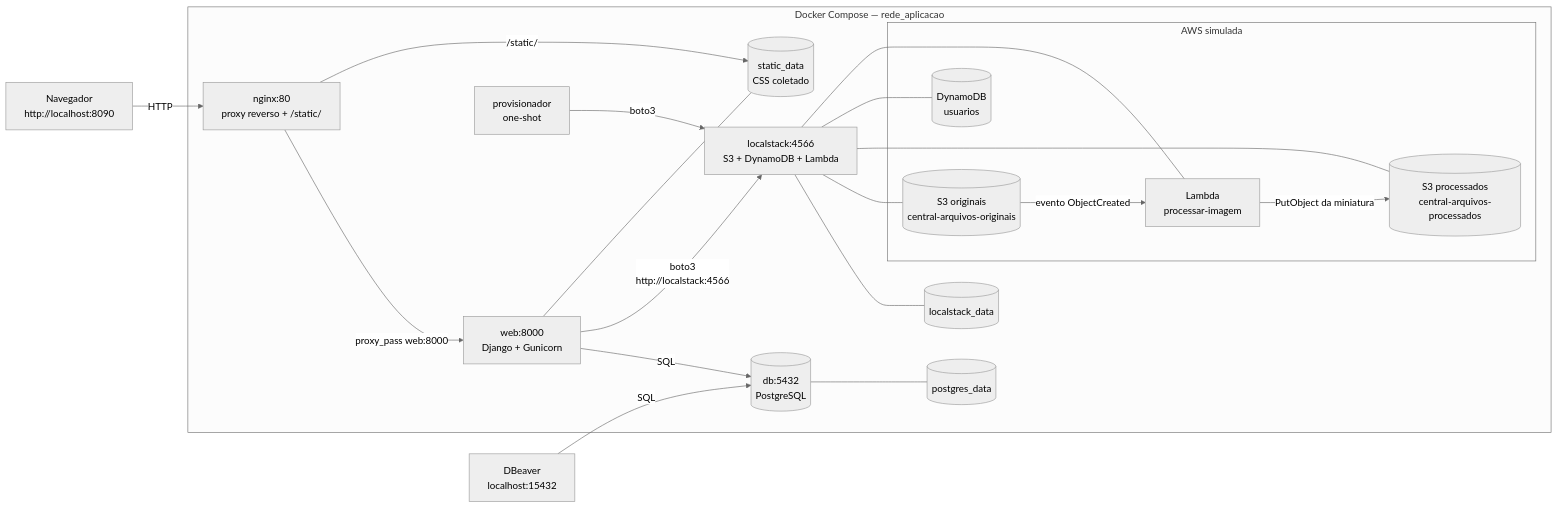
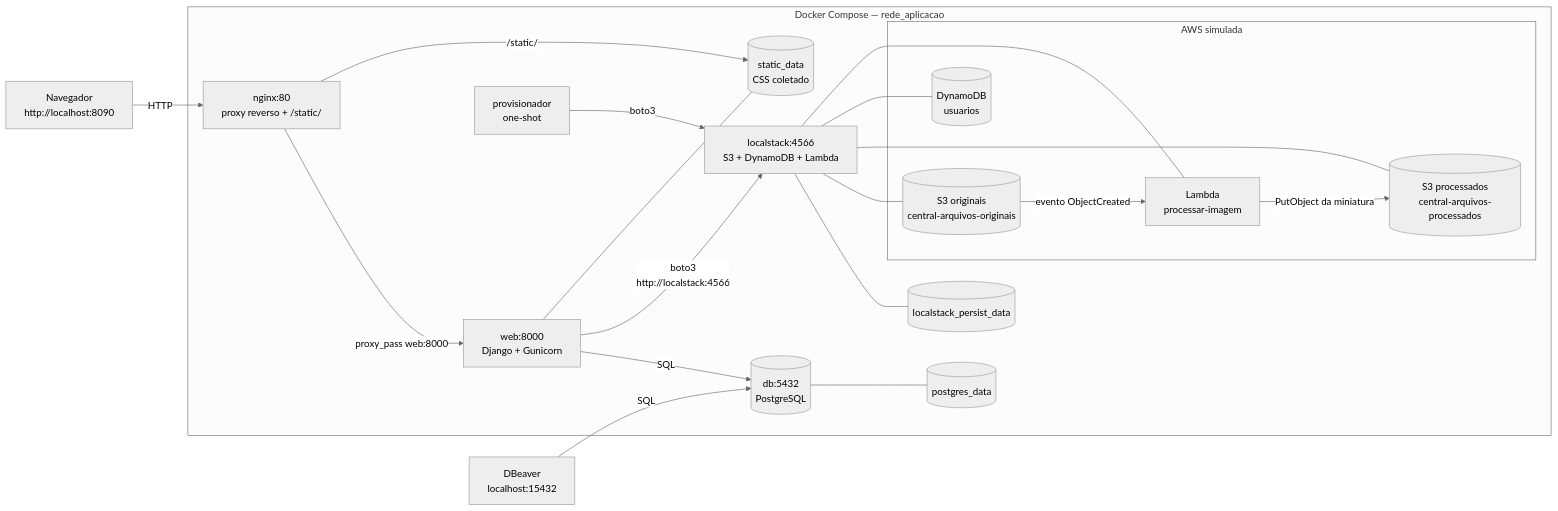
One commit to analaress/django-upload-docker changed the first of 8 diagrams in docs/arquitetura.md. Above: the diagram before and after it, drawn with Mermaid (neutral theme). The commit also changed other lines of this file and 14 other files, not shown here.

````diff
--- a/docs/arquitetura.md
+++ b/docs/arquitetura.md
@@ -42,41 +42,41 @@
 ```mermaid
 flowchart LR
     navegador["Navegador<br/>http://localhost:8090"]
     dbeaver["DBeaver<br/>localhost:15432"]
 
     subgraph docker["Docker Compose — rede_aplicacao"]
         nginx["nginx:80<br/>proxy reverso + /static/"]
         web["web:8000<br/>Django + Gunicorn"]
         db[("db:5432<br/>PostgreSQL")]
         localstack["localstack:4566<br/>S3 + DynamoDB + Lambda"]
         provisionador["provisionador<br/>one-shot"]
 
         subgraph aws["AWS simulada"]
             s3o[("S3 originais<br/>central-arquivos-originais")]
             s3p[("S3 processados<br/>central-arquivos-processados")]
             ddb[("DynamoDB<br/>usuarios")]
             lambda["Lambda<br/>processar-imagem"]
         end
 
         static[("static_data<br/>CSS coletado")]
         pg[("postgres_data")]
-        ls[("localstack_data")]
+        ls[("localstack_persist_data")]
     end
 
     navegador -->|"HTTP"| nginx
     dbeaver -->|"SQL"| db
     nginx -->|"proxy_pass web:8000"| web
     nginx -->|"/static/"| static
     web -->|"SQL"| db
     web -->|"boto3<br/>http://localstack:4566"| localstack
     provisionador -->|"boto3"| localstack
     db --- pg
     web --- static
     localstack --- ls
     localstack --- s3o
     localstack --- s3p
     localstack --- ddb
     localstack --- lambda
     s3o -->|"evento ObjectCreated"| lambda
     lambda -->|"PutObject da miniatura"| s3p
 ```
````
